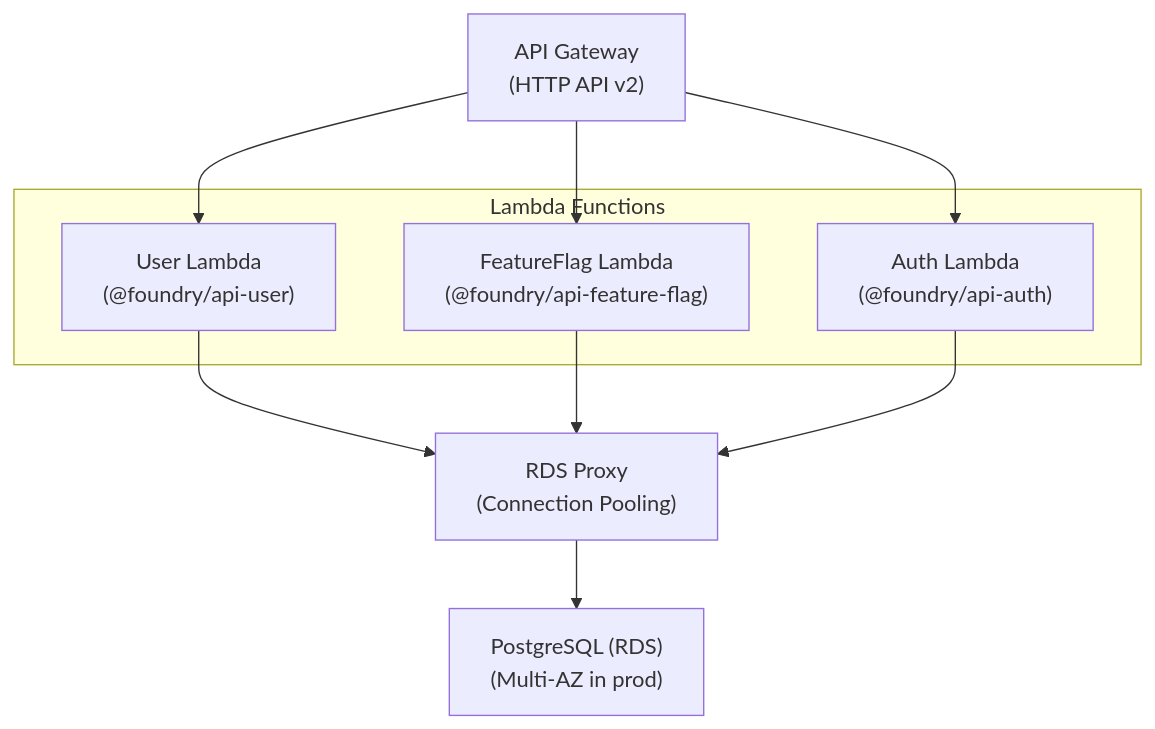
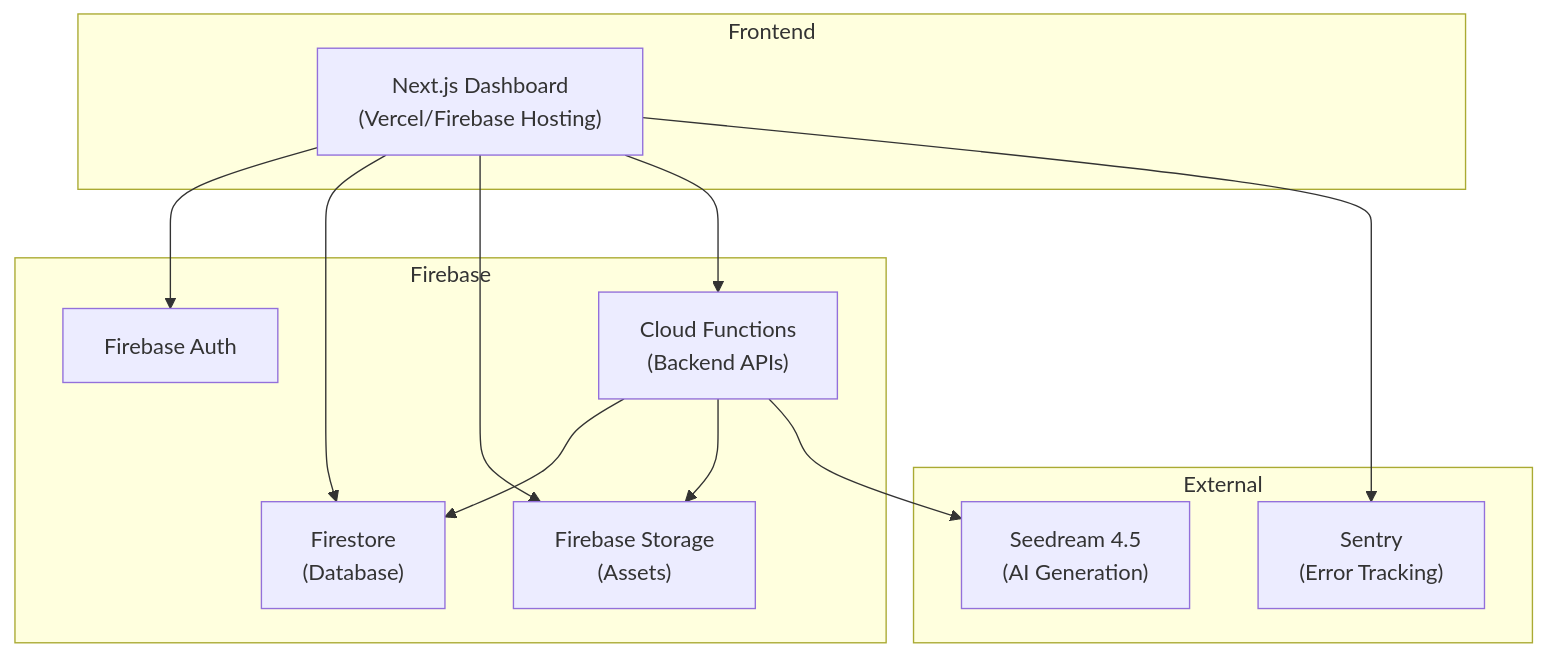
One commit to HigorAlves/EchoModel changed the diagram in docs/infrastructure/deployment.md. Above: the diagram before and after it, drawn with Mermaid. The commit also changed other lines of this file and 11 other files, not shown here.

````diff
--- a/docs/infrastructure/deployment.md
+++ b/docs/infrastructure/deployment.md
@@ -16,21 +16,27 @@
 ```mermaid
 graph TB
-    APIGW["API Gateway<br/>(HTTP API v2)"]
-
-    subgraph Lambdas["Lambda Functions"]
-        UserLambda["User Lambda<br/>(@foundry/api-user)"]
-        FlagLambda["FeatureFlag Lambda<br/>(@foundry/api-feature-flag)"]
-        AuthLambda["Auth Lambda<br/>(@foundry/api-auth)"]
+    subgraph "Frontend"
+        NextJS["Next.js Dashboard<br/>(Vercel/Firebase Hosting)"]
     end
 
-    RDSProxy["RDS Proxy<br/>(Connection Pooling)"]
-    RDS["PostgreSQL (RDS)<br/>(Multi-AZ in prod)"]
+    subgraph "Firebase"
+        Auth["Firebase Auth"]
+        Firestore["Firestore<br/>(Database)"]
+        Storage["Firebase Storage<br/>(Assets)"]
+        Functions["Cloud Functions<br/>(Backend APIs)"]
+    end
 
-    APIGW --> UserLambda
-    APIGW --> FlagLambda
-    APIGW --> AuthLambda
-    UserLambda --> RDSProxy
-    FlagLambda --> RDSProxy
-    AuthLambda --> RDSProxy
-    RDSProxy --> RDS
+    subgraph "External"
+        Sentry["Sentry<br/>(Error Tracking)"]
+        Seedream["Seedream 4.5<br/>(AI Generation)"]
+    end
+
+    NextJS --> Auth
+    NextJS --> Firestore
+    NextJS --> Storage
+    NextJS --> Functions
+    NextJS --> Sentry
+    Functions --> Firestore
+    Functions --> Storage
+    Functions --> Seedream
 ```
````
